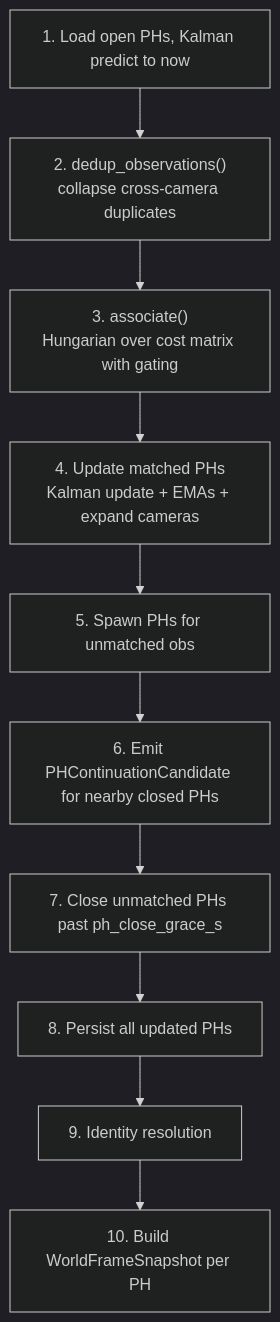
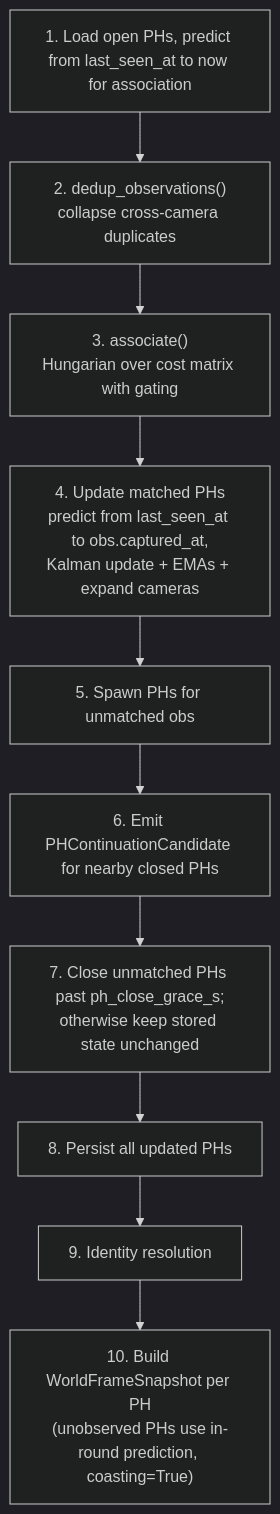
Before and after one commit to SilverMind-Project/continuous-tracking: the fifth of 5 diagrams in docs/systems-architecture.md, drawn with Mermaid (dark theme). The commit also changed other lines of this file and 14 other files, not shown here.

Commit message:
Identity Recognition IR-S02: World Tracker Time Model and Coasting State

````diff
--- a/docs/systems-architecture.md
+++ b/docs/systems-architecture.md
@@ -85,13 +85,13 @@
 ```mermaid
 flowchart TD
-  s1["1. Load open PHs, Kalman predict to now"] --> s2
+  s1["1. Load open PHs, predict from last_seen_at to now for association"] --> s2
   s2["2. dedup_observations()\ncollapse cross-camera duplicates"] --> s3
   s3["3. associate()\nHungarian over cost matrix with gating"] --> s4
-  s4["4. Update matched PHs\nKalman update + EMAs + expand cameras"] --> s5
+  s4["4. Update matched PHs\npredict from last_seen_at to obs.captured_at,\nKalman update + EMAs + expand cameras"] --> s5
   s5["5. Spawn PHs for unmatched obs"] --> s6
   s6["6. Emit PHContinuationCandidate for nearby closed PHs"] --> s7
-  s7["7. Close unmatched PHs past ph_close_grace_s"] --> s8
+  s7["7. Close unmatched PHs past ph_close_grace_s;\notherwise keep stored state unchanged"] --> s8
   s8["8. Persist all updated PHs"] --> s9
   s9["9. Identity resolution"] --> s10
-  s10["10. Build WorldFrameSnapshot per PH"]
+  s10["10. Build WorldFrameSnapshot per PH\n(unobserved PHs use in-round prediction, coasting=True)"]
 ```
````
